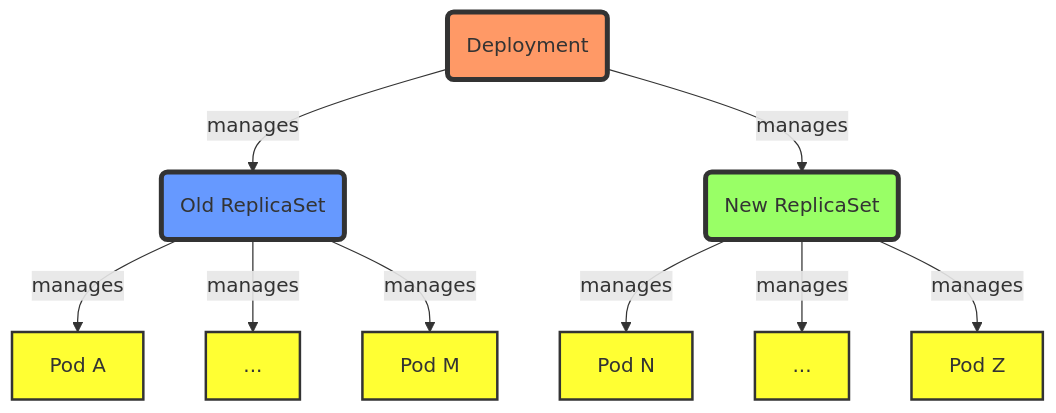
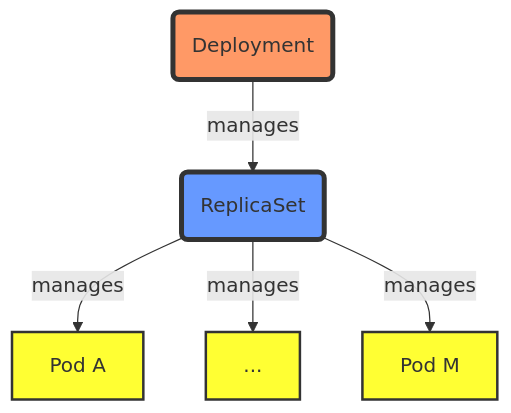
The second of 3 diagrams in content/021_running_at_scale/_index.md (amcginlay/k8s-primer), drawn with Mermaid before and after one commit. The commit also changed other lines of this file, not shown here.

```diff
--- a/content/021_running_at_scale/_index.md
+++ b/content/021_running_at_scale/_index.md
@@ -89,20 +160,16 @@
 {{< mermaid >}}
 graph TB
-deployment(Deployment)-->|manages|replicaSetA(Old ReplicaSet)
+deployment(Deployment)-->|manages|replicaSetA(ReplicaSet)
 replicaSetA-->|manages|podA[Pod A]
 replicaSetA-->|manages|podB[...]
 replicaSetA-->|manages|podM[Pod M]
-deployment-->|manages|replicaSetB(New ReplicaSet)
-replicaSetB-->|manages|podN[Pod N]
-replicaSetB-->|manages|podO[...]
-replicaSetB-->|manages|podZ[Pod Z]
 
   classDef green fill:#9f6,stroke:#333,stroke-width:4px;
   classDef orange fill:#f96,stroke:#333,stroke-width:4px;
   classDef blue fill:#69f,stroke:#333,stroke-width:4px;
   classDef yellow fill:#ff3,stroke:#333,stroke-width:2px;
   class deployment orange;
   class replicaSetA blue;
   class replicaSetB green;
   class podA,podB,podM,podN,podO,podZ yellow;
 {{< /mermaid >}}
```
